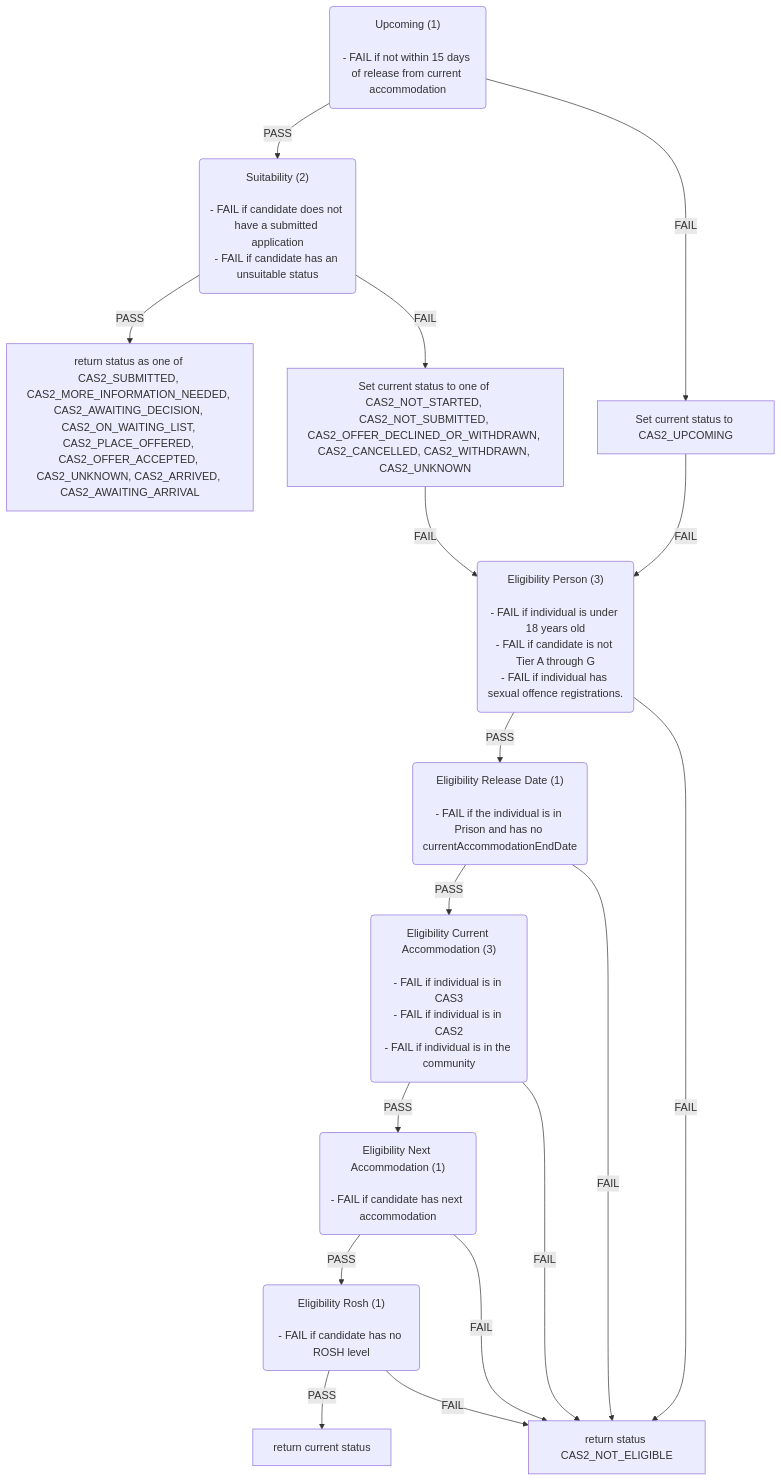
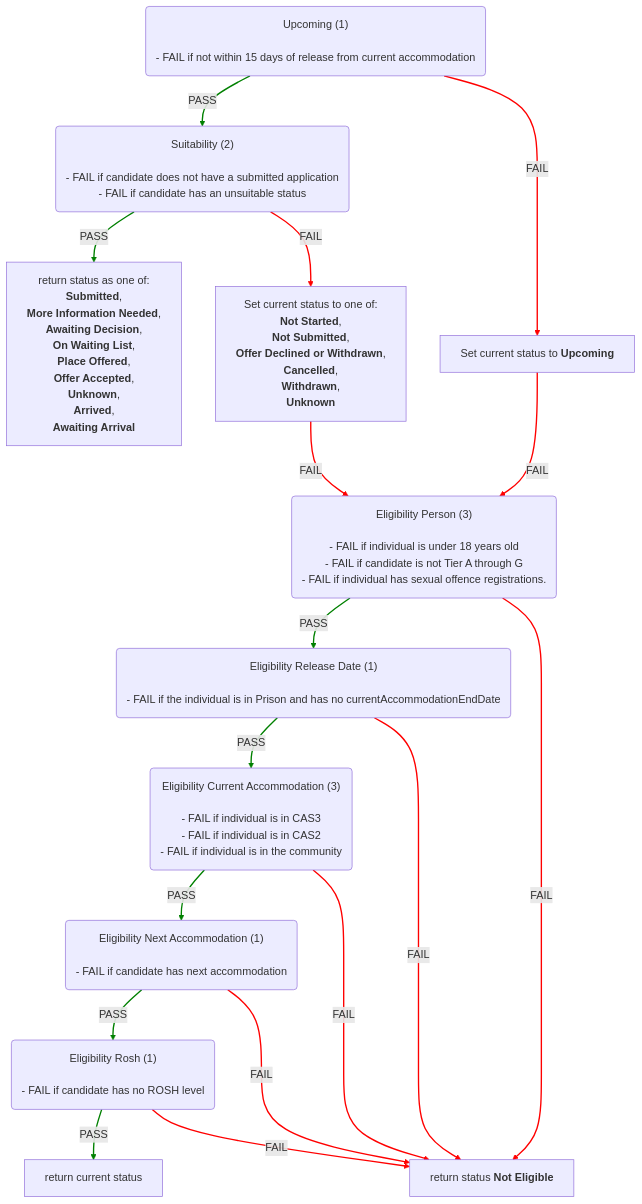
The second of 6 diagrams in docs/eligibility-rules-graph.md (ministryofjustice/hmpps-single-accommodation-service-api), drawn with Mermaid before and after one commit. The commit also changed other lines of this file and 8 other files, not shown here.

Commit message:
chore/SAS-1532-Use-UI-statuses-in-graph-instead-of-enums

````diff
--- a/docs/eligibility-rules-graph.md
+++ b/docs/eligibility-rules-graph.md
@@ -112,50 +141,68 @@
 ```mermaid
+%%{init: {"flowchart": {"wrappingWidth": 800}}}%%
 flowchart TD
   Upcoming("Upcoming (1)
 
 - FAIL if not within 15 days of release from current accommodation")
   Suitability("Suitability (2)
 
 - FAIL if candidate does not have a submitted application
 - FAIL if candidate has an unsuitable status")
-  return_status_as_one_of_CAS2_SUBMITTED__CAS2_MORE_INFORMATION_NEEDED__CAS2_AWAITING_DECISION__CAS2_ON_WAITING_LIST__CAS2_PLACE_OFFERED__CAS2_OFFER_ACCEPTED__CAS2_UNKNOWN__CAS2_ARRIVED__CAS2_AWAITING_ARRIVAL["return status as one of CAS2_SUBMITTED, CAS2_MORE_INFORMATION_NEEDED, CAS2_AWAITING_DECISION, CAS2_ON_WAITING_LIST, CAS2_PLACE_OFFERED, CAS2_OFFER_ACCEPTED, CAS2_UNKNOWN, CAS2_ARRIVED, CAS2_AWAITING_ARRIVAL"]
-  Set_current_status_to_one_of_CAS2_NOT_STARTED__CAS2_NOT_SUBMITTED__CAS2_OFFER_DECLINED_OR_WITHDRAWN__CAS2_CANCELLED__CAS2_WITHDRAWN__CAS2_UNKNOWN["Set current status to one of CAS2_NOT_STARTED, CAS2_NOT_SUBMITTED, CAS2_OFFER_DECLINED_OR_WITHDRAWN, CAS2_CANCELLED, CAS2_WITHDRAWN, CAS2_UNKNOWN"]
+  return_status_as_one_of__Submitted___More_Information_Needed___Awaiting_Decision___On_Waiting_List___Place_Offered___Offer_Accepted___Unknown___Arrived___Awaiting_Arrival["return status as one of:
+<b>Submitted</b>,
+ <b>More Information Needed</b>,
+ <b>Awaiting Decision</b>,
+ <b>On Waiting List</b>,
+ <b>Place Offered</b>,
+ <b>Offer Accepted</b>,
+ <b>Unknown</b>,
+ <b>Arrived</b>,
+ <b>Awaiting Arrival</b>"]
+  Set_current_status_to_one_of__Not_Started___Not_Submitted___Offer_Declined_or_Withdrawn___Cancelled___Withdrawn___Unknown["Set current status to one of:
+<b>Not Started</b>,
+ <b>Not Submitted</b>,
+ <b>Offer Declined or Withdrawn</b>,
+ <b>Cancelled</b>,
+ <b>Withdrawn</b>,
+ <b>Unknown</b>"]
   Eligibility_Person("Eligibility Person (3)
 
 - FAIL if individual is under 18 years old
 - FAIL if candidate is not Tier A through G
 - FAIL if individual has sexual offence registrations.")
   Eligibility_Release_Date("Eligibility Release Date (1)
 
 - FAIL if the individual is in Prison and has no currentAccommodationEndDate")
   Eligibility_Current_Accommodation("Eligibility Current Accommodation (3)
 
 - FAIL if individual is in CAS3
 - FAIL if individual is in CAS2
 - FAIL if individual is in the community")
   Eligibility_Next_Accommodation("Eligibility Next Accommodation (1)
 
 - FAIL if candidate has next accommodation")
   Eligibility_Rosh("Eligibility Rosh (1)
 
 - FAIL if candidate has no ROSH level")
   return_current_status["return current status"]
-  return_status_CAS2_NOT_ELIGIBLE["return status CAS2_NOT_ELIGIBLE"]
-  Set_current_status_to_CAS2_UPCOMING["Set current status to CAS2_UPCOMING"]
-  Suitability -->|PASS| return_status_as_one_of_CAS2_SUBMITTED__CAS2_MORE_INFORMATION_NEEDED__CAS2_AWAITING_DECISION__CAS2_ON_WAITING_LIST__CAS2_PLACE_OFFERED__CAS2_OFFER_ACCEPTED__CAS2_UNKNOWN__CAS2_ARRIVED__CAS2_AWAITING_ARRIVAL
-  Suitability -->|FAIL| Set_current_status_to_one_of_CAS2_NOT_STARTED__CAS2_NOT_SUBMITTED__CAS2_OFFER_DECLINED_OR_WITHDRAWN__CAS2_CANCELLED__CAS2_WITHDRAWN__CAS2_UNKNOWN
+  return_status_Not_Eligible["return status <b>Not Eligible</b>"]
+  Set_current_status_to_Upcoming["Set current status to <b>Upcoming</b>"]
+  Suitability -->|PASS| return_status_as_one_of__Submitted___More_Information_Needed___Awaiting_Decision___On_Waiting_List___Place_Offered___Offer_Accepted___Unknown___Arrived___Awaiting_Arrival
+  Suitability -->|FAIL| Set_current_status_to_one_of__Not_Started___Not_Submitted___Offer_Declined_or_Withdrawn___Cancelled___Withdrawn___Unknown
   Eligibility_Rosh -->|PASS| return_current_status
-  Eligibility_Rosh -->|FAIL| return_status_CAS2_NOT_ELIGIBLE
+  Eligibility_Rosh -->|FAIL| return_status_Not_Eligible
   Eligibility_Next_Accommodation -->|PASS| Eligibility_Rosh
-  Eligibility_Next_Accommodation -->|FAIL| return_status_CAS2_NOT_ELIGIBLE
+  Eligibility_Next_Accommodation -->|FAIL| return_status_Not_Eligible
   Eligibility_Current_Accommodation -->|PASS| Eligibility_Next_Accommodation
-  Eligibility_Current_Accommodation -->|FAIL| return_status_CAS2_NOT_ELIGIBLE
+  Eligibility_Current_Accommodation -->|FAIL| return_status_Not_Eligible
   Eligibility_Release_Date -->|PASS| Eligibility_Current_Accommodation
-  Eligibility_Release_Date -->|FAIL| return_status_CAS2_NOT_ELIGIBLE
+  Eligibility_Release_Date -->|FAIL| return_status_Not_Eligible
   Eligibility_Person -->|PASS| Eligibility_Release_Date
-  Eligibility_Person -->|FAIL| return_status_CAS2_NOT_ELIGIBLE
-  Set_current_status_to_one_of_CAS2_NOT_STARTED__CAS2_NOT_SUBMITTED__CAS2_OFFER_DECLINED_OR_WITHDRAWN__CAS2_CANCELLED__CAS2_WITHDRAWN__CAS2_UNKNOWN -->|FAIL| Eligibility_Person
+  Eligibility_Person -->|FAIL| return_status_Not_Eligible
+  Set_current_status_to_one_of__Not_Started___Not_Submitted___Offer_Declined_or_Withdrawn___Cancelled___Withdrawn___Unknown -->|FAIL| Eligibility_Person
   Upcoming -->|PASS| Suitability
-  Upcoming -->|FAIL| Set_current_status_to_CAS2_UPCOMING
-  Set_current_status_to_CAS2_UPCOMING -->|FAIL| Eligibility_Person
+  Upcoming -->|FAIL| Set_current_status_to_Upcoming
+  Set_current_status_to_Upcoming -->|FAIL| Eligibility_Person
+  linkStyle 0,2,4,6,8,10,13 stroke:green,stroke-width:2px
+  linkStyle 1,3,5,7,9,11,12,14,15 stroke:red,stroke-width:2px
 ```
````
